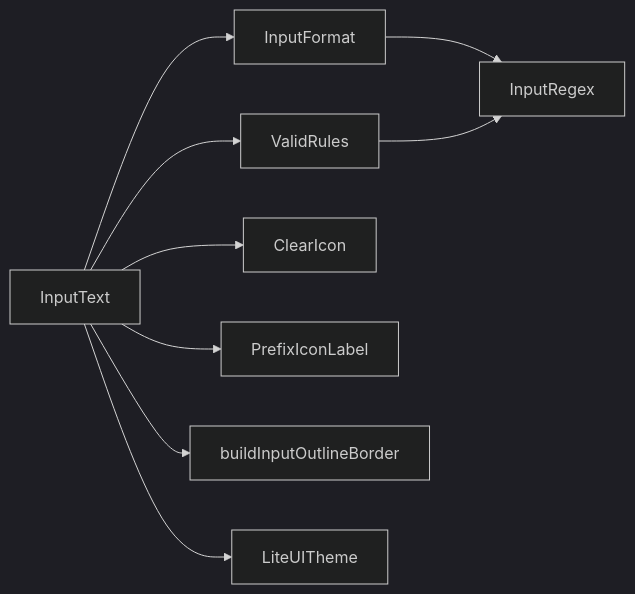
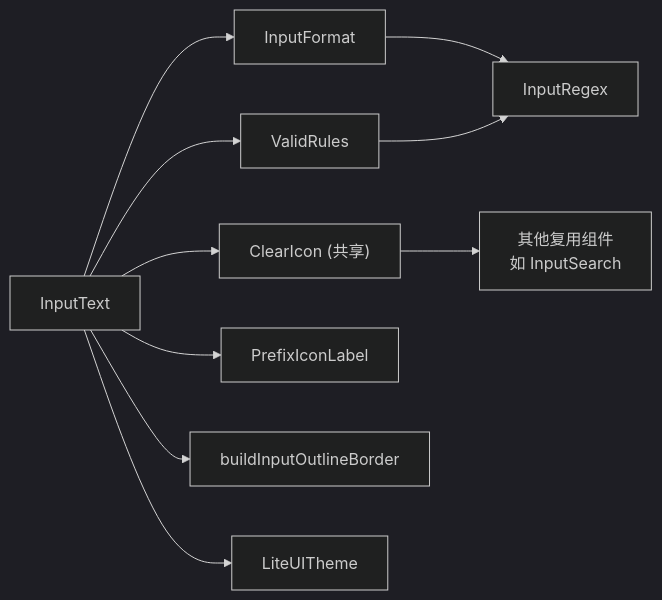
One commit to yuzhido/lite-ui changed the sixth of 6 diagrams in .qoder/repowiki/zh/content/基础组件/InputText 文本输入框.md. Above: the diagram before and after it, drawn with Mermaid (dark theme). The commit also changed other lines of this file and 35 other files, not shown here.

````diff
--- a/.qoder/repowiki/zh/content/基础组件/InputText 文本输入框.md
+++ b/.qoder/repowiki/zh/content/基础组件/InputText 文本输入框.md
@@ -350,11 +365,12 @@
 ```mermaid
 graph LR
 IT["InputText"] --> IF["InputFormat"]
 IT --> VR["ValidRules"]
-IT --> CI["ClearIcon"]
+IT --> CI["ClearIcon (共享)"]
 IT --> PIL["PrefixIconLabel"]
 IT --> BB["buildInputOutlineBorder"]
 IT --> TH["LiteUITheme"]
 IF --> IR["InputRegex"]
 VR --> IR
+CI --> K["其他复用组件<br/>如 InputSearch"]
 ```
````
